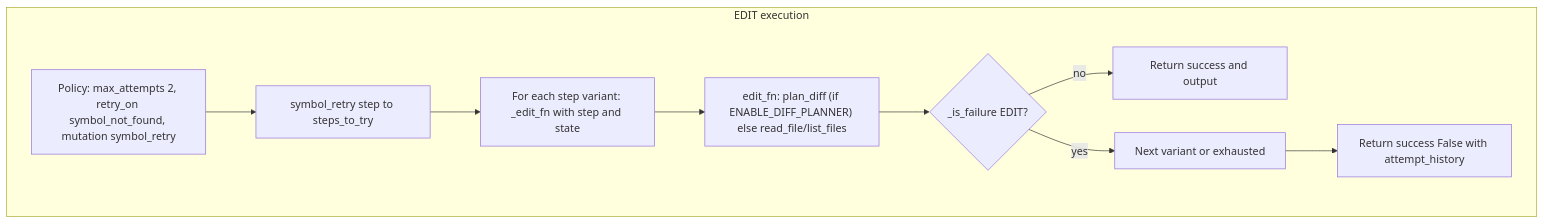
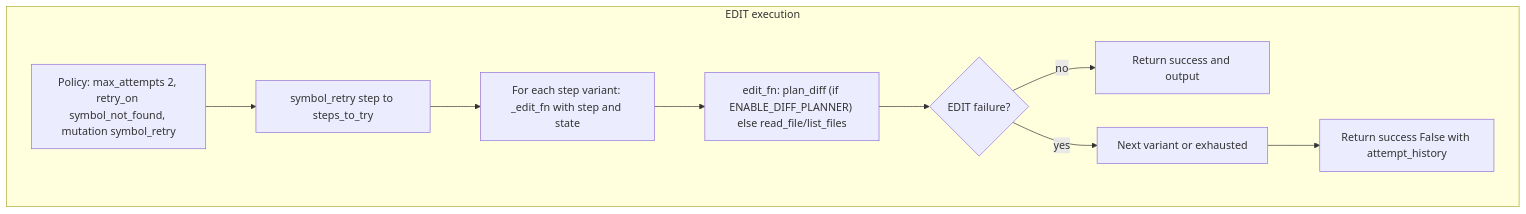
Before and after one commit to Pugsy-Explores/AutoStudio: the fifth of 9 diagrams in Docs/AGENT_LOOP_WORKFLOW.md, drawn with Mermaid. The commit also changed other lines of this file and 1 other file, not shown here.

First line of the commit message:
docs: fix Mermaid diagram syntax for proper rendering

````diff
--- a/Docs/AGENT_LOOP_WORKFLOW.md
+++ b/Docs/AGENT_LOOP_WORKFLOW.md
@@ -167,13 +168,13 @@
 ```mermaid
 flowchart TB
     subgraph EDIT["EDIT execution"]
         E1["Policy: max_attempts 2, retry_on symbol_not_found, mutation symbol_retry"]
         E1 --> E2["symbol_retry step to steps_to_try"]
         E2 --> E3["For each step variant: _edit_fn with step and state"]
         E3 --> E4["edit_fn: plan_diff (if ENABLE_DIFF_PLANNER) else read_file/list_files"]
-        E4 --> E5{"_is_failure EDIT?"}
+        E4 --> E5{"EDIT failure?"}
         E5 -->|no| E6["Return success and output"]
         E5 -->|yes| E7["Next variant or exhausted"]
         E7 --> E8["Return success False with attempt_history"]
     end
 ```
````
